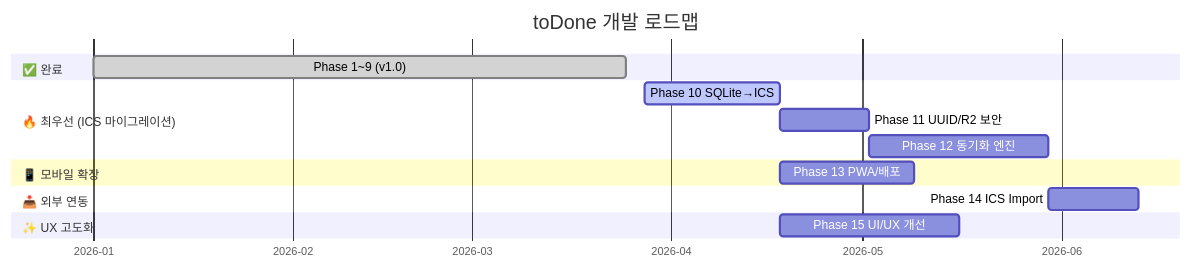
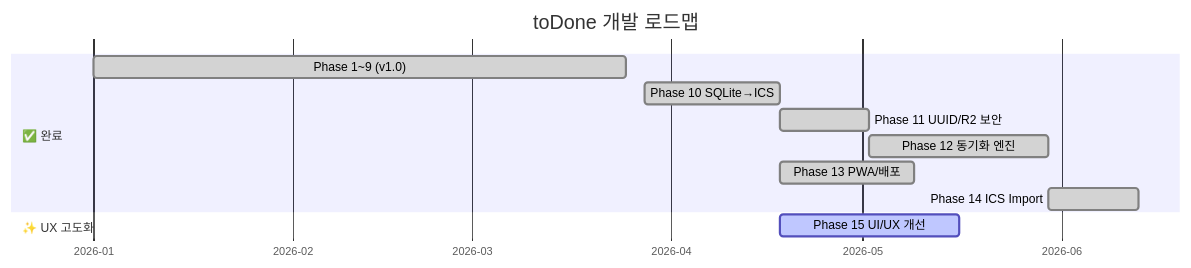
The diagram in docs/03_roadmap.md (seunghok22/toDone), drawn with Mermaid before and after one commit. The commit also changed other lines of this file, not shown here.

Commit message:
docs: Phase 12~14 완료 처리

````diff
--- a/docs/03_roadmap.md
+++ b/docs/03_roadmap.md
@@ -124,23 +124,17 @@
 ```mermaid
 gantt
     title toDone 개발 로드맵
     dateFormat YYYY-MM-DD
     axisFormat %Y-%m
 
     section ✅ 완료
     Phase 1~9 (v1.0)       :done, p1, 2026-01-01, 2026-03-25
-
-    section 🔥 최우선 (ICS 마이그레이션)
-    Phase 10 SQLite→ICS     :active, p10, 2026-03-28, 21d
-    Phase 11 UUID/R2 보안    :p11, after p10, 14d
-    Phase 12 동기화 엔진     :p12, after p11, 28d
-
-    section 📱 모바일 확장
-    Phase 13 PWA/배포        :p13, after p10, 21d
-
-    section 📥 외부 연동
-    Phase 14 ICS Import     :p14, after p12, 14d
+    Phase 10 SQLite→ICS     :done, p10, 2026-03-28, 21d
+    Phase 11 UUID/R2 보안    :done, p11, after p10, 14d
+    Phase 12 동기화 엔진     :done, p12, after p11, 28d
+    Phase 13 PWA/배포        :done, p13, after p10, 21d
+    Phase 14 ICS Import     :done, p14, after p12, 14d
 
     section ✨ UX 고도화
-    Phase 15 UI/UX 개선      :p15, after p10, 28d
+    Phase 15 UI/UX 개선      :active, p15, after p10, 28d
 ```
````
